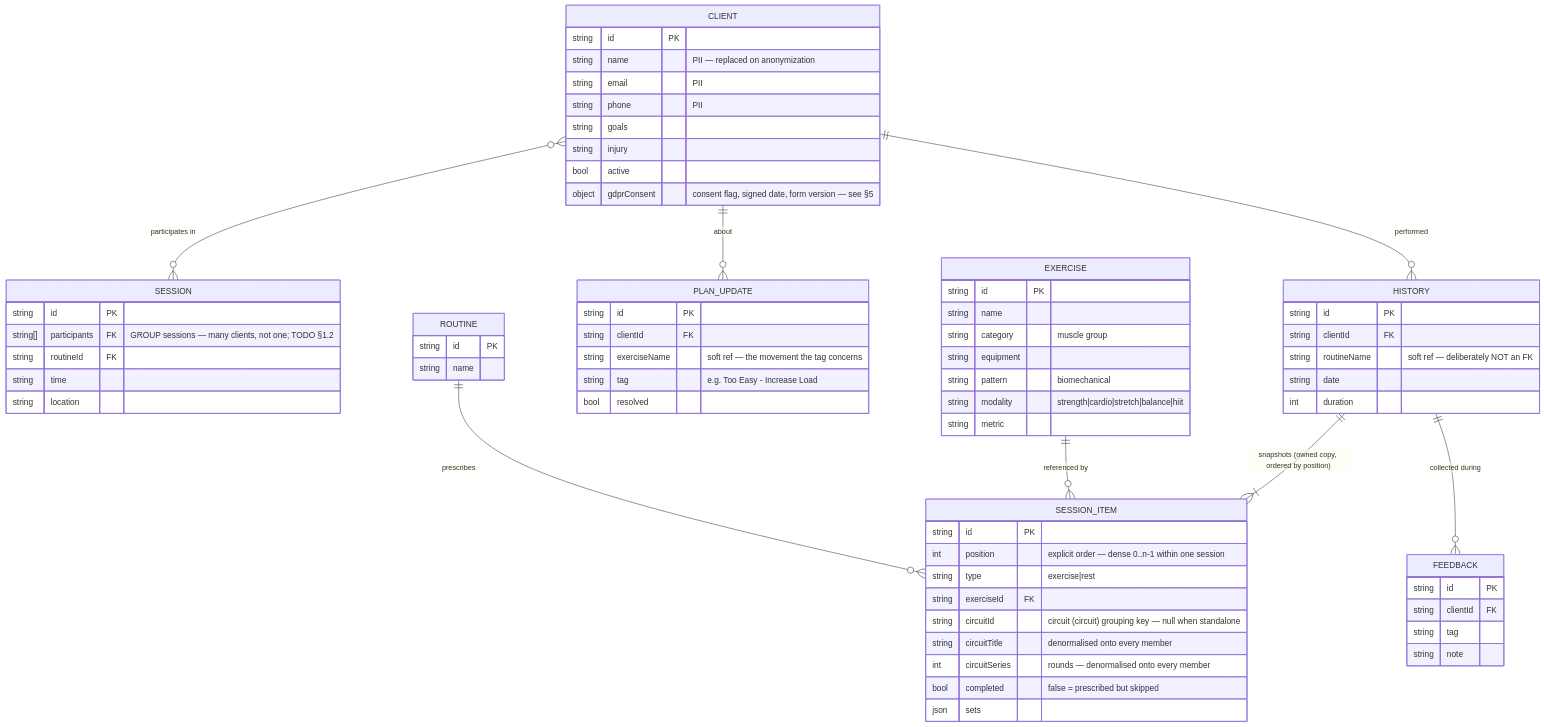
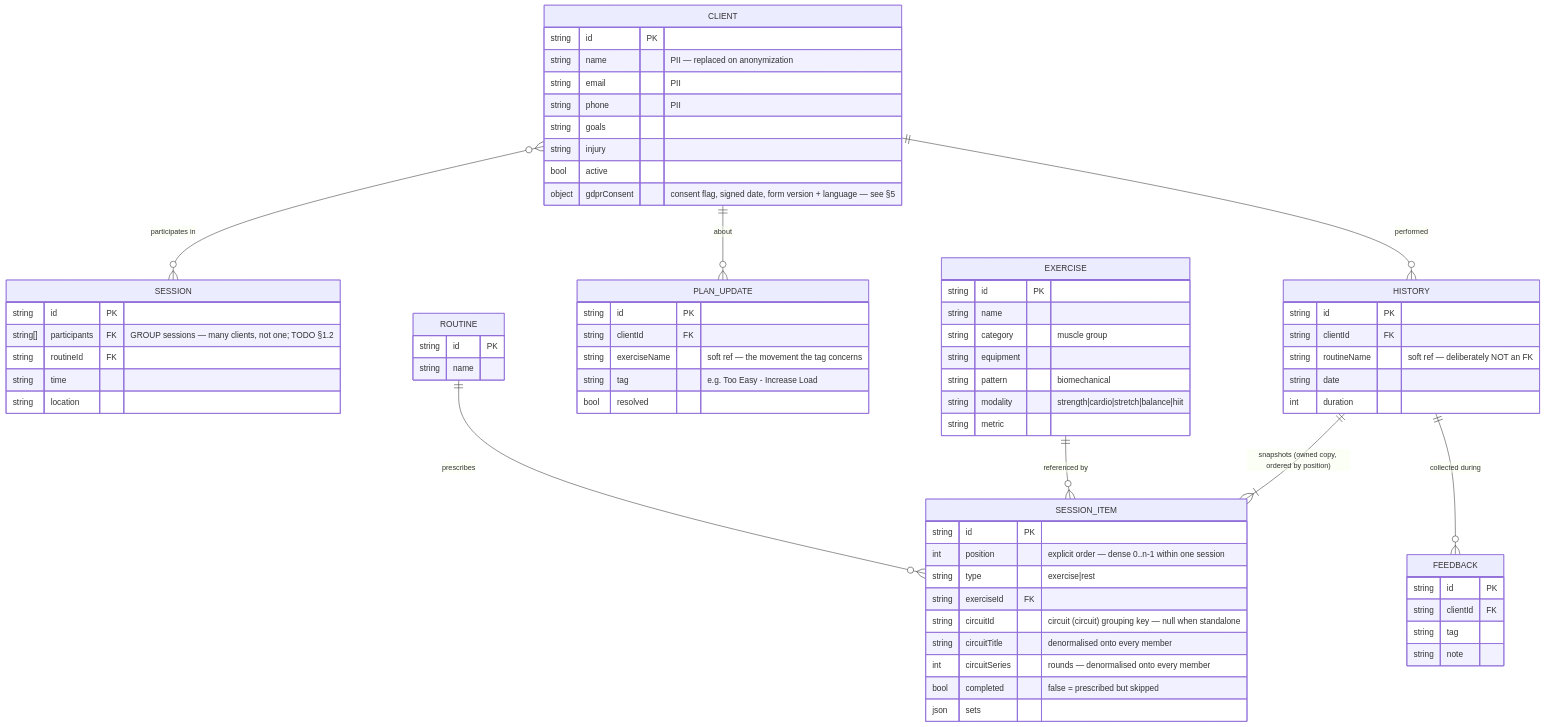
Before and after one commit to stutek/LibrePT: the second of 4 diagrams in docs/DATA_MODEL.md, drawn with Mermaid. The commit also changed other lines of this file and 26 other files, not shown here.

````diff
--- a/docs/DATA_MODEL.md
+++ b/docs/DATA_MODEL.md
@@ -116,72 +116,72 @@
 ```mermaid
 erDiagram
     CLIENT }o--o{ SESSION : "participates in"
     CLIENT ||--o{ HISTORY : "performed"
     CLIENT ||--o{ PLAN_UPDATE : "about"
     ROUTINE ||--o{ SESSION_ITEM : "prescribes"
     EXERCISE ||--o{ SESSION_ITEM : "referenced by"
     HISTORY ||--|{ SESSION_ITEM : "snapshots (owned copy, ordered by position)"
     HISTORY ||--o{ FEEDBACK : "collected during"
 
     CLIENT {
         string id PK
         string name "PII — replaced on anonymization"
         string email "PII"
         string phone "PII"
         string goals
         string injury
         bool active
-        object gdprConsent "consent flag, signed date, form version — see §5"
+        object gdprConsent "consent flag, signed date, form version + language — see §5"
     }
     EXERCISE {
         string id PK
         string name
         string category "muscle group"
         string equipment
         string pattern "biomechanical"
         string modality "strength|cardio|stretch|balance|hiit"
         string metric
     }
     ROUTINE {
         string id PK
         string name
     }
     SESSION {
         string id PK
         string[] participants FK "GROUP sessions — many clients, not one; TODO §1.2"
         string routineId FK
         string time
         string location
     }
     HISTORY {
         string id PK
         string clientId FK
         string routineName "soft ref — deliberately NOT an FK"
         string date
         int duration
     }
     SESSION_ITEM {
         string id PK
         int position "explicit order — dense 0..n-1 within one session"
         string type "exercise|rest"
         string exerciseId FK
         string circuitId "circuit (circuit) grouping key — null when standalone"
         string circuitTitle "denormalised onto every member"
         int circuitSeries "rounds — denormalised onto every member"
         bool completed "false = prescribed but skipped"
         json sets
     }
     FEEDBACK {
         string id PK
         string clientId FK
         string tag
         string note
     }
     PLAN_UPDATE {
         string id PK
         string clientId FK
         string exerciseName "soft ref — the movement the tag concerns"
         string tag "e.g. Too Easy - Increase Load"
         bool resolved
     }
 ```
````
